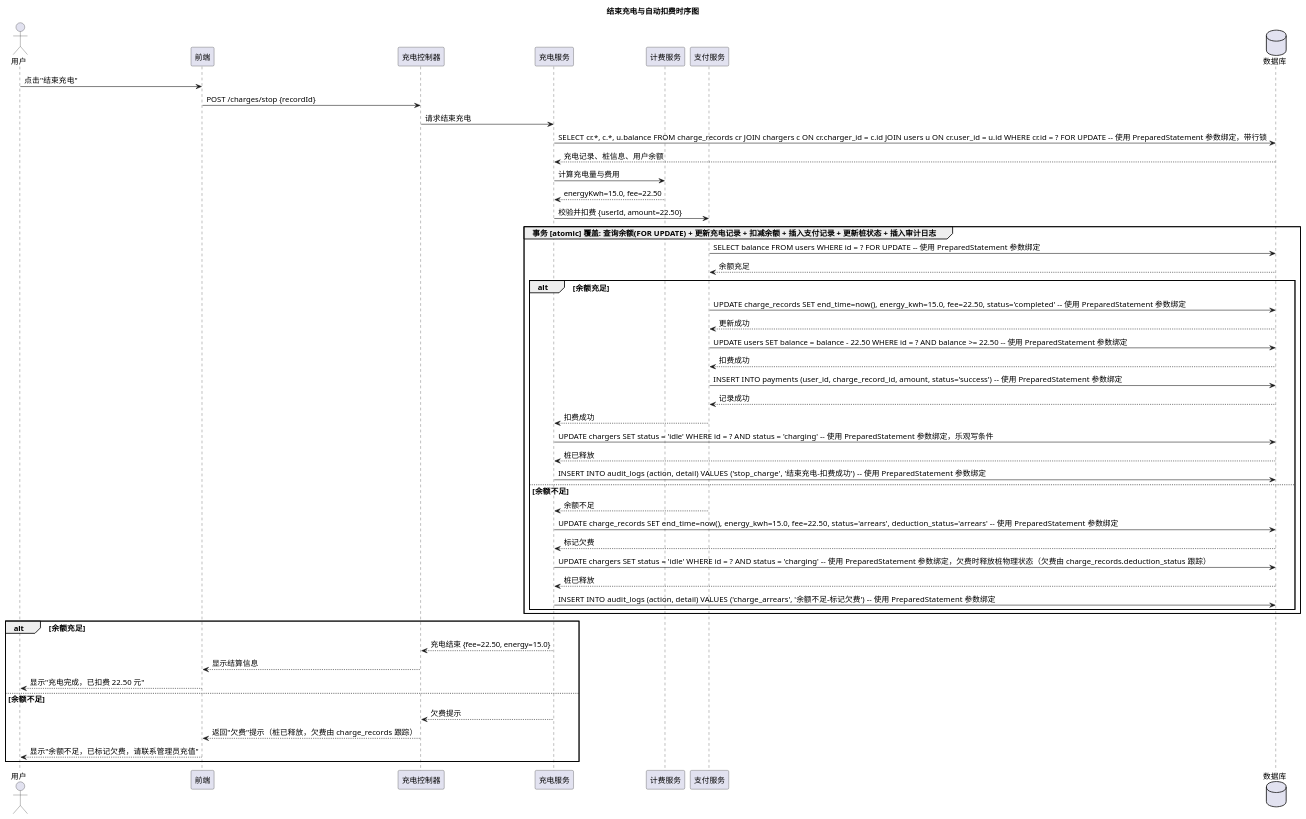
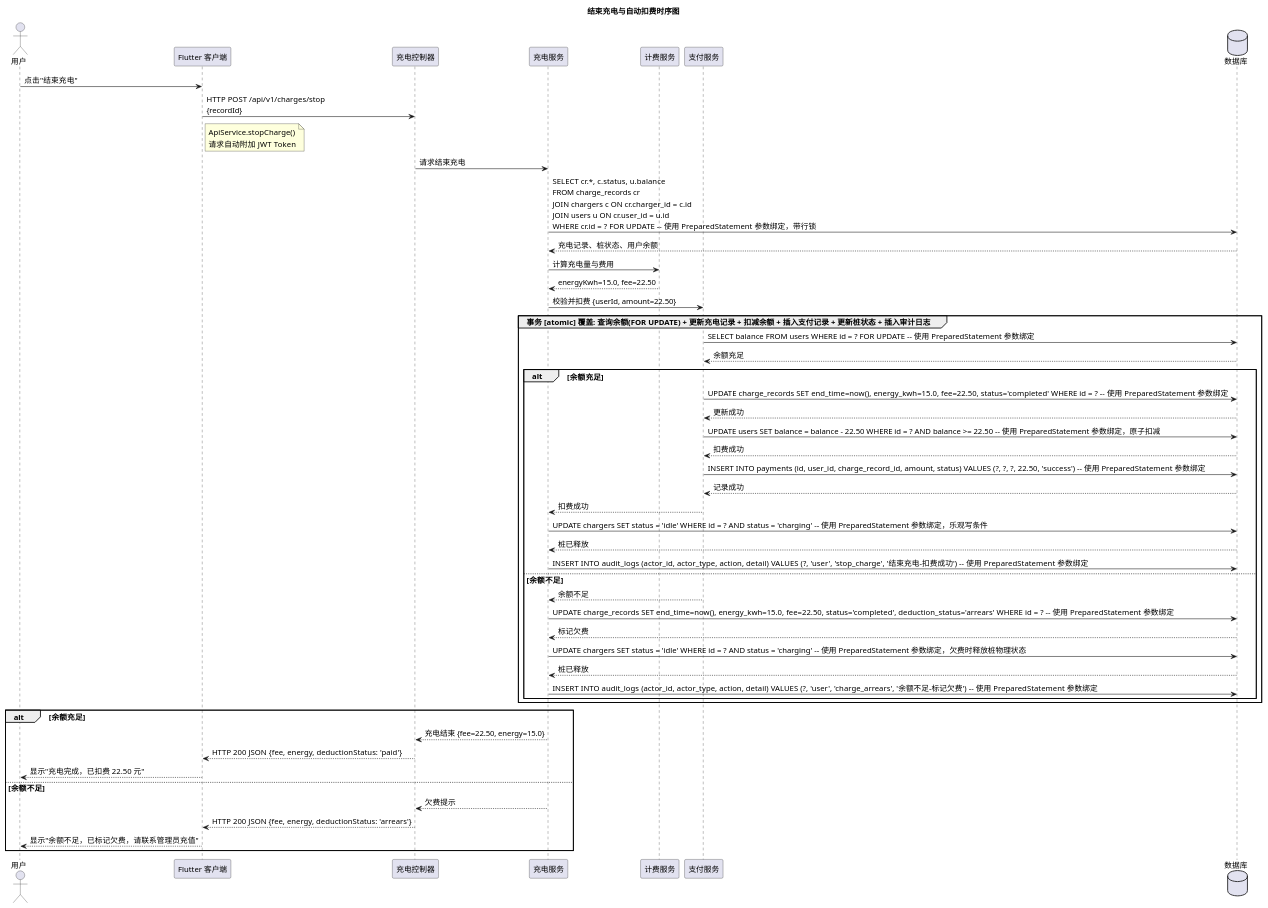
Before and after one commit to greenhandzdl/charging-station-doc: the diagram in time/src/sequence_stop_charge.puml, drawn with PlantUML. The commit also changed 36 other files, not shown here.

First line of the commit message:
feat: 前端技术栈切换为 Flutter — 类图拆分三文件、时序图扩充至七张、文档全面更新

```diff
--- a/time/src/sequence_stop_charge.puml
+++ b/time/src/sequence_stop_charge.puml
@@ -1,69 +1,71 @@
 @startuml
 skinparam defaultFontName "Noto Sans CJK SC"
 skinparam defaultFontSize 14
 title 结束充电与自动扣费时序图
 
 ' 所有 SQL 操作使用 PreparedStatement 参数绑定，禁止字符串拼接
 actor 用户 as U
-participant 前端 as FE
-participant 充电控制器 as Ctrl
-participant 充电服务 as Service
-participant 计费服务 as Bill
-participant 支付服务 as Pay
+participant "Flutter 客户端" as FE
+participant "充电控制器" as Ctrl
+participant "充电服务" as Service
+participant "计费服务" as Bill
+participant "支付服务" as Pay
 database 数据库 as DB
 
 U -> FE: 点击"结束充电"
-FE -> Ctrl: POST /charges/stop {recordId}
+FE -> Ctrl: HTTP POST /api/v1/charges/stop\n{recordId}
+note right FE : ApiService.stopCharge()\n请求自动附加 JWT Token
+
 Ctrl -> Service: 请求结束充电
 
-Service -> DB: SELECT cr.*, c.*, u.balance FROM charge_records cr JOIN chargers c ON cr.charger_id = c.id JOIN users u ON cr.user_id = u.id WHERE cr.id = ? FOR UPDATE -- 使用 PreparedStatement 参数绑定，带行锁
-DB --> Service: 充电记录、桩信息、用户余额
+Service -> DB: SELECT cr.*, c.status, u.balance\nFROM charge_records cr\nJOIN chargers c ON cr.charger_id = c.id\nJOIN users u ON cr.user_id = u.id\nWHERE cr.id = ? FOR UPDATE -- 使用 PreparedStatement 参数绑定，带行锁
+DB --> Service: 充电记录、桩状态、用户余额
 
 Service -> Bill: 计算充电量与费用
 Bill --> Service: energyKwh=15.0, fee=22.50
 
 Service -> Pay: 校验并扣费 {userId, amount=22.50}
 
 group 事务 [atomic] 覆盖: 查询余额(FOR UPDATE) + 更新充电记录 + 扣减余额 + 插入支付记录 + 更新桩状态 + 插入审计日志
   Pay -> DB: SELECT balance FROM users WHERE id = ? FOR UPDATE -- 使用 PreparedStatement 参数绑定
   DB --> Pay: 余额充足
 
   alt 余额充足
-    Pay -> DB: UPDATE charge_records SET end_time=now(), energy_kwh=15.0, fee=22.50, status='completed' -- 使用 PreparedStatement 参数绑定
+    Pay -> DB: UPDATE charge_records SET end_time=now(), energy_kwh=15.0, fee=22.50, status='completed' WHERE id = ? -- 使用 PreparedStatement 参数绑定
     DB --> Pay: 更新成功
 
-    Pay -> DB: UPDATE users SET balance = balance - 22.50 WHERE id = ? AND balance >= 22.50 -- 使用 PreparedStatement 参数绑定
+    Pay -> DB: UPDATE users SET balance = balance - 22.50 WHERE id = ? AND balance >= 22.50 -- 使用 PreparedStatement 参数绑定，原子扣减
     DB --> Pay: 扣费成功
 
-    Pay -> DB: INSERT INTO payments (user_id, charge_record_id, amount, status='success') -- 使用 PreparedStatement 参数绑定
+    Pay -> DB: INSERT INTO payments (id, user_id, charge_record_id, amount, status) VALUES (?, ?, ?, 22.50, 'success') -- 使用 PreparedStatement 参数绑定
     DB --> Pay: 记录成功
 
     Pay --> Service: 扣费成功
 
     Service -> DB: UPDATE chargers SET status = 'idle' WHERE id = ? AND status = 'charging' -- 使用 PreparedStatement 参数绑定，乐观写条件
     DB --> Service: 桩已释放
 
-    Service -> DB: INSERT INTO audit_logs (action, detail) VALUES ('stop_charge', '结束充电-扣费成功') -- 使用 PreparedStatement 参数绑定
+    Service -> DB: INSERT INTO audit_logs (actor_id, actor_type, action, detail) VALUES (?, 'user', 'stop_charge', '结束充电-扣费成功') -- 使用 PreparedStatement 参数绑定
   else 余额不足
     Pay --> Service: 余额不足
 
-    Service -> DB: UPDATE charge_records SET end_time=now(), energy_kwh=15.0, fee=22.50, status='arrears', deduction_status='arrears' -- 使用 PreparedStatement 参数绑定
+    Service -> DB: UPDATE charge_records SET end_time=now(), energy_kwh=15.0, fee=22.50, status='completed', deduction_status='arrears' WHERE id = ? -- 使用 PreparedStatement 参数绑定
     DB --> Service: 标记欠费
 
-    Service -> DB: UPDATE chargers SET status = 'idle' WHERE id = ? AND status = 'charging' -- 使用 PreparedStatement 参数绑定，欠费时释放桩物理状态（欠费由 charge_records.deduction_status 跟踪）
+    Service -> DB: UPDATE chargers SET status = 'idle' WHERE id = ? AND status = 'charging' -- 使用 PreparedStatement 参数绑定，欠费时释放桩物理状态
     DB --> Service: 桩已释放
 
-    Service -> DB: INSERT INTO audit_logs (action, detail) VALUES ('charge_arrears', '余额不足-标记欠费') -- 使用 PreparedStatement 参数绑定
+    Service -> DB: INSERT INTO audit_logs (actor_id, actor_type, action, detail) VALUES (?, 'user', 'charge_arrears', '余额不足-标记欠费') -- 使用 PreparedStatement 参数绑定
   end
 end
 
 alt 余额充足
   Service --> Ctrl: 充电结束 {fee=22.50, energy=15.0}
-  Ctrl --> FE: 显示结算信息
+  Ctrl --> FE: HTTP 200 JSON {fee, energy, deductionStatus: 'paid'}
   FE --> U: 显示"充电完成，已扣费 22.50 元"
 else 余额不足
   Service --> Ctrl: 欠费提示
-  Ctrl --> FE: 返回"欠费"提示（桩已释放，欠费由 charge_records 跟踪）
+  Ctrl --> FE: HTTP 200 JSON {fee, energy, deductionStatus: 'arrears'}
   FE --> U: 显示"余额不足，已标记欠费，请联系管理员充值"
 end
 @enduml
```
